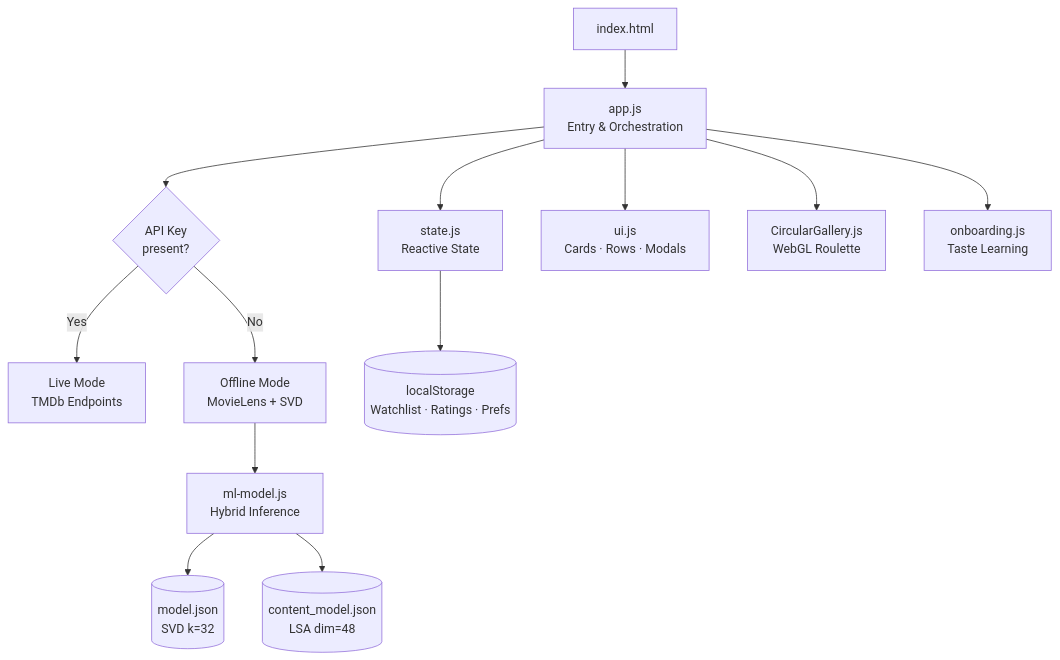
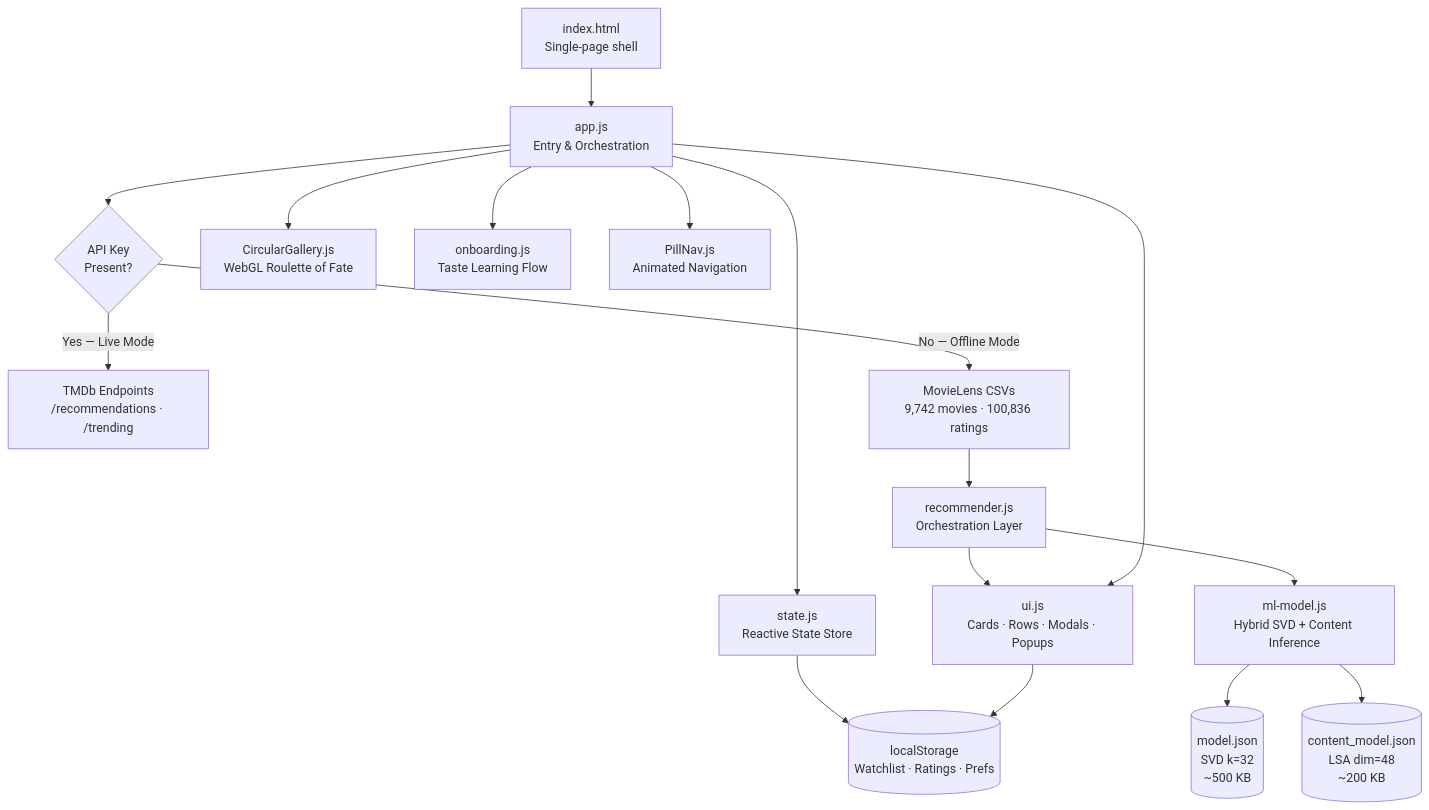
One commit to 4-thkind/Movie-Recommendation-Model changed the first of 10 diagrams in README.md. Above: the diagram before and after it, drawn with Mermaid. The commit also changed other lines of this file, not shown here.

````diff
--- a/README.md
+++ b/README.md
@@ -87,15 +85,26 @@
 ```mermaid
 flowchart TD
-    A[index.html] --> B[app.js\nEntry & Orchestration]
-    B --> C[state.js\nReactive State]
-    B --> D{API Key\npresent?}
-    D -->|Yes| E[Live Mode\nTMDb Endpoints]
-    D -->|No| F[Offline Mode\nMovieLens + SVD]
-    F --> G[ml-model.js\nHybrid Inference]
-    G --> H[(model.json\nSVD k=32)]
-    G --> I[(content_model.json\nLSA dim=48)]
-    B --> J[ui.js\nCards · Rows · Modals]
-    B --> K[CircularGallery.js\nWebGL Roulette]
-    B --> L[onboarding.js\nTaste Learning]
-    C --> M[(localStorage\nWatchlist · Ratings · Prefs)]
+    A[index.html\nSingle-page shell] --> B[app.js\nEntry & Orchestration]
+
+    B --> C[state.js\nReactive State Store]
+    B --> D{API Key\nPresent?}
+
+    D -->|Yes — Live Mode| E[TMDb Endpoints\n/recommendations · /trending]
+    D -->|No — Offline Mode| F[MovieLens CSVs\n9,742 movies · 100,836 ratings]
+
+    F --> G[recommender.js\nOrchestration Layer]
+    G --> H[ml-model.js\nHybrid SVD + Content Inference]
+
+    H --> I[(model.json\nSVD k=32\n~500 KB)]
+    H --> J[(content_model.json\nLSA dim=48\n~200 KB)]
+
+    G --> K[ui.js\nCards · Rows · Modals · Popups]
+
+    B --> K
+    B --> L[CircularGallery.js\nWebGL Roulette of Fate]
+    B --> M[onboarding.js\nTaste Learning Flow]
+    B --> N[PillNav.js\nAnimated Navigation]
+
+    C --> O[(localStorage\nWatchlist · Ratings · Prefs)]
+    K --> O
 ```
````
